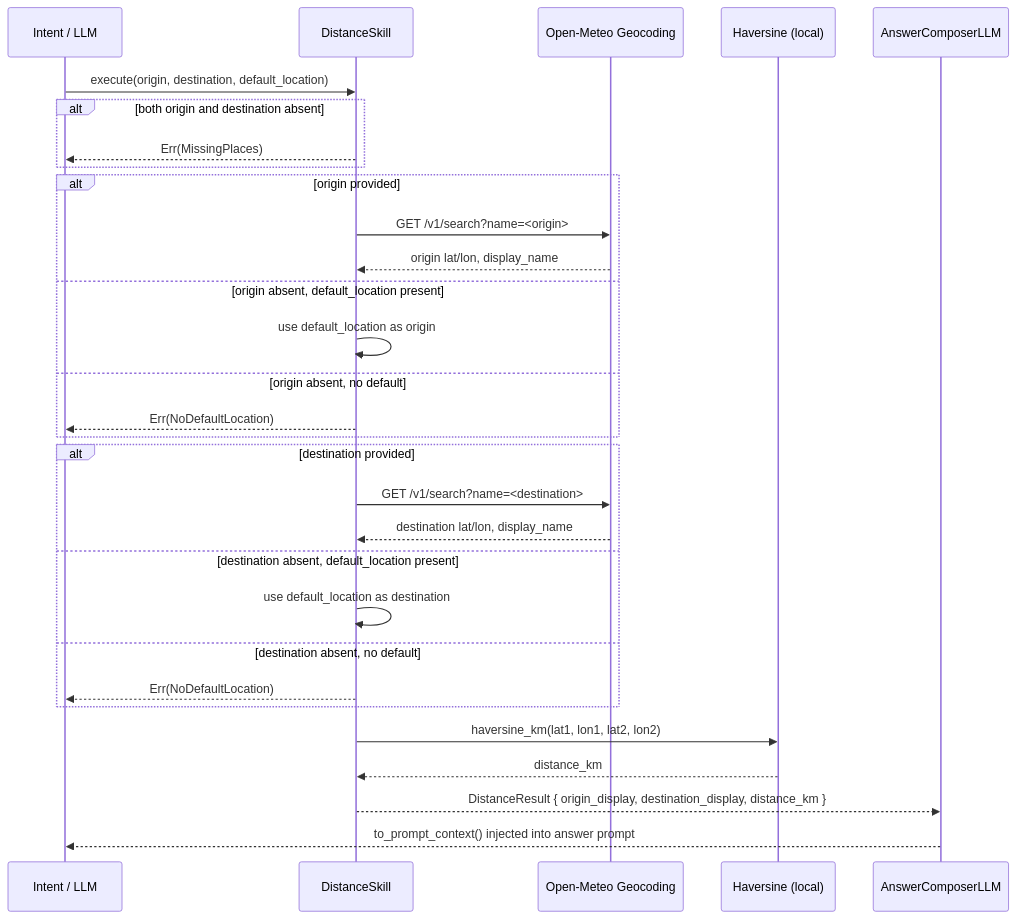
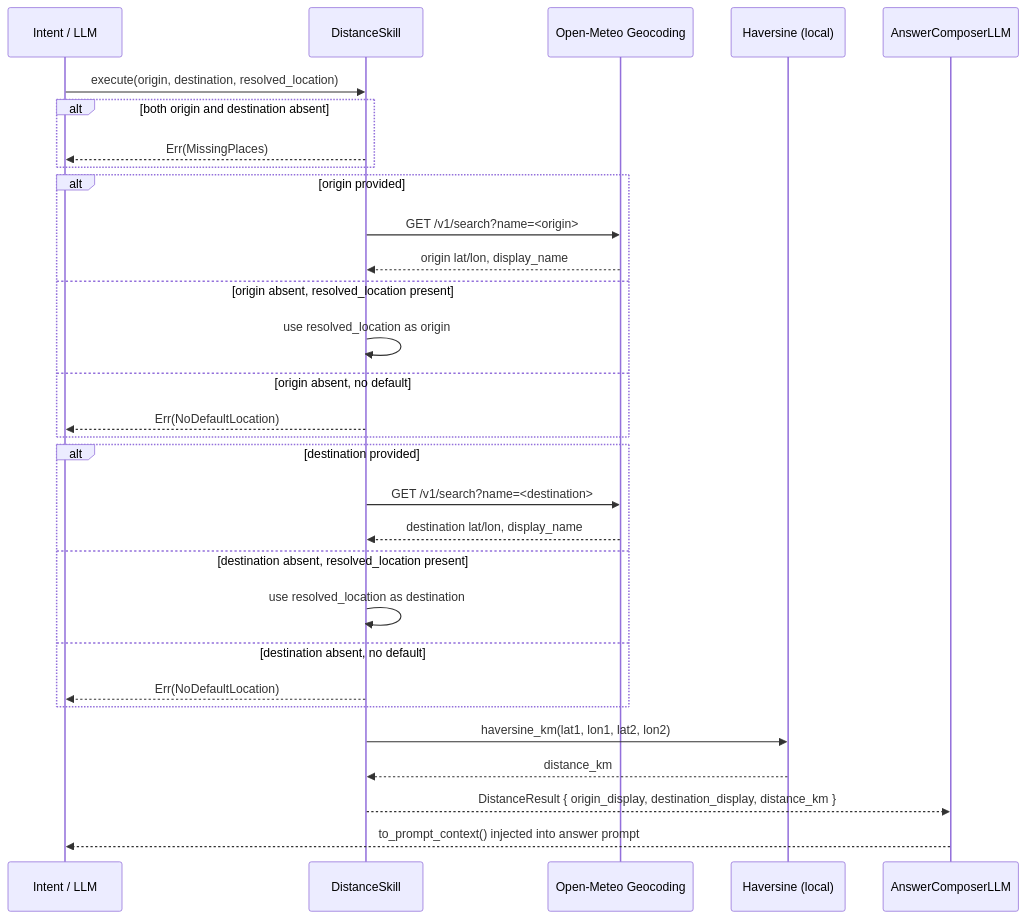
Before and after one commit to AncientiCe/aice: the diagram in docs/skills/distance.md, drawn with Mermaid. The commit also changed other lines of this file and 54 other files, not shown here.

````diff
--- a/docs/skills/distance.md
+++ b/docs/skills/distance.md
@@ -11,37 +13,37 @@
 ```mermaid
 sequenceDiagram
     participant LLM as Intent / LLM
     participant Skill as DistanceSkill
     participant Geo as Open-Meteo Geocoding
     participant Math as Haversine (local)
     participant Composer as AnswerComposerLLM
 
-    LLM->>Skill: execute(origin, destination, default_location)
+    LLM->>Skill: execute(origin, destination, resolved_location)
 
     alt both origin and destination absent
         Skill-->>LLM: Err(MissingPlaces)
     end
 
     alt origin provided
         Skill->>Geo: GET /v1/search?name=<origin>
         Geo-->>Skill: origin lat/lon, display_name
-    else origin absent, default_location present
-        Skill->>Skill: use default_location as origin
+    else origin absent, resolved_location present
+        Skill->>Skill: use resolved_location as origin
     else origin absent, no default
         Skill-->>LLM: Err(NoDefaultLocation)
     end
 
     alt destination provided
         Skill->>Geo: GET /v1/search?name=<destination>
         Geo-->>Skill: destination lat/lon, display_name
-    else destination absent, default_location present
-        Skill->>Skill: use default_location as destination
+    else destination absent, resolved_location present
+        Skill->>Skill: use resolved_location as destination
     else destination absent, no default
         Skill-->>LLM: Err(NoDefaultLocation)
     end
 
     Skill->>Math: haversine_km(lat1, lon1, lat2, lon2)
     Math-->>Skill: distance_km
     Skill-->>Composer: DistanceResult { origin_display, destination_display, distance_km }
     Composer-->>LLM: to_prompt_context() injected into answer prompt
 ```
````
